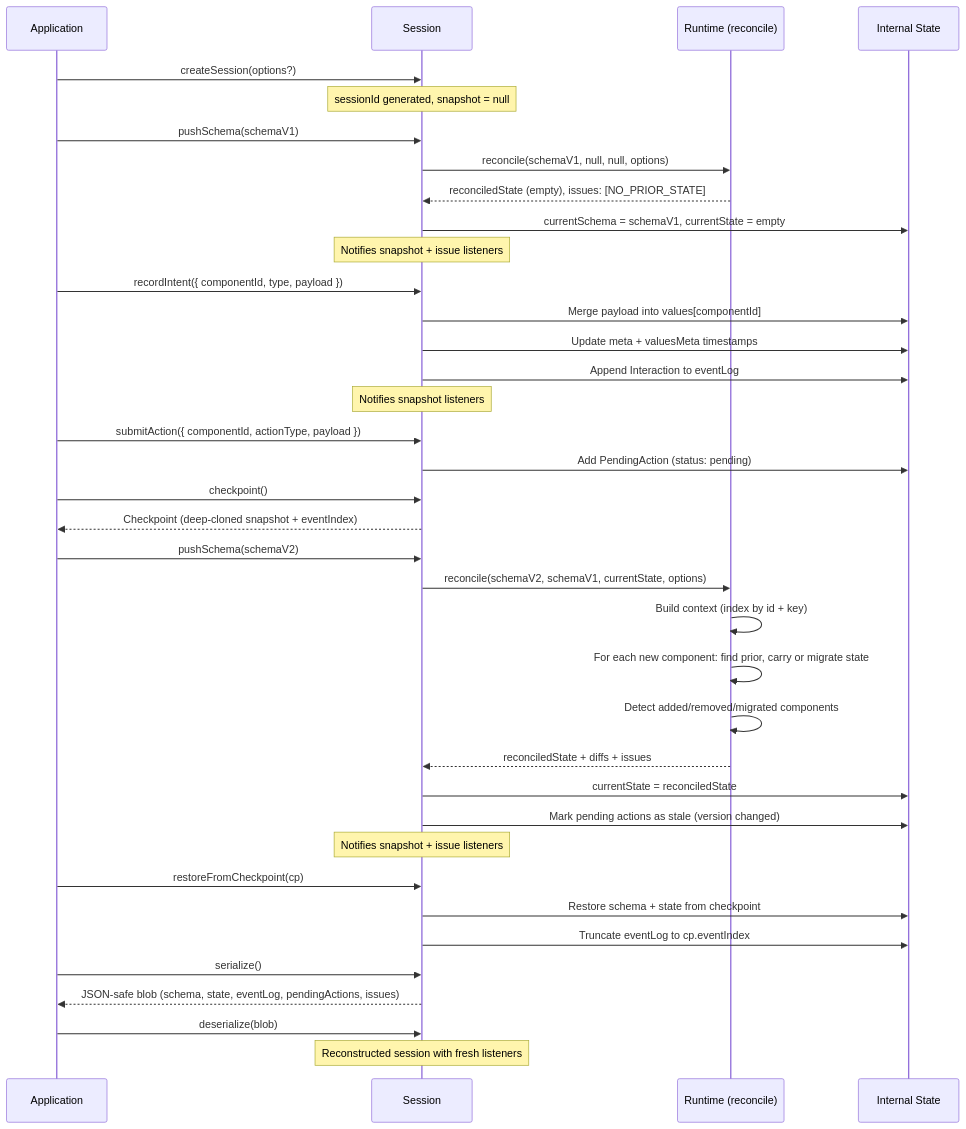
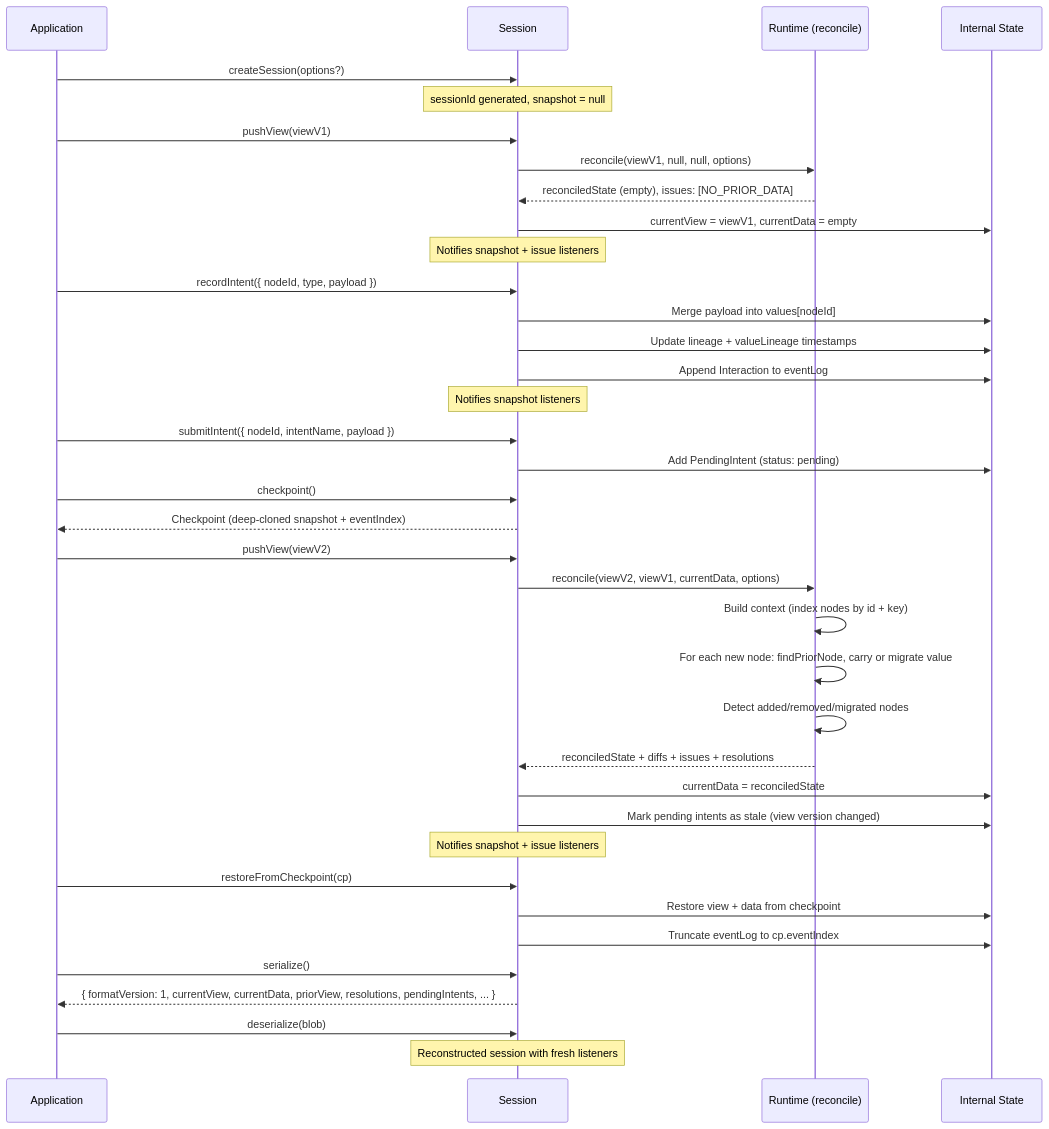
The second of 2 diagrams in docs/ARCHITECTURE.md (brytoncooper/continuum-dev), drawn with Mermaid before and after one commit. The commit also changed other lines of this file and 32 other files, not shown here.

First line of the commit message:
Refresh playground diagnostics UX and update architecture docs

````diff
--- a/docs/ARCHITECTURE.md
+++ b/docs/ARCHITECTURE.md
@@ -74,47 +74,47 @@
 ```mermaid
 sequenceDiagram
     participant App as Application
     participant S as Session
     participant R as Runtime (reconcile)
     participant State as Internal State
 
     App->>S: createSession(options?)
     Note over S: sessionId generated, snapshot = null
 
-    App->>S: pushSchema(schemaV1)
-    S->>R: reconcile(schemaV1, null, null, options)
-    R-->>S: reconciledState (empty), issues: [NO_PRIOR_STATE]
-    S->>State: currentSchema = schemaV1, currentState = empty
+    App->>S: pushView(viewV1)
+    S->>R: reconcile(viewV1, null, null, options)
+    R-->>S: reconciledState (empty), issues: [NO_PRIOR_DATA]
+    S->>State: currentView = viewV1, currentData = empty
     Note over S: Notifies snapshot + issue listeners
 
-    App->>S: recordIntent({ componentId, type, payload })
-    S->>State: Merge payload into values[componentId]
-    S->>State: Update meta + valuesMeta timestamps
+    App->>S: recordIntent({ nodeId, type, payload })
+    S->>State: Merge payload into values[nodeId]
+    S->>State: Update lineage + valueLineage timestamps
     S->>State: Append Interaction to eventLog
     Note over S: Notifies snapshot listeners
 
-    App->>S: submitAction({ componentId, actionType, payload })
-    S->>State: Add PendingAction (status: pending)
+    App->>S: submitIntent({ nodeId, intentName, payload })
+    S->>State: Add PendingIntent (status: pending)
 
     App->>S: checkpoint()
     S-->>App: Checkpoint (deep-cloned snapshot + eventIndex)
 
-    App->>S: pushSchema(schemaV2)
-    S->>R: reconcile(schemaV2, schemaV1, currentState, options)
-    R->>R: Build context (index by id + key)
-    R->>R: For each new component: find prior, carry or migrate state
-    R->>R: Detect added/removed/migrated components
-    R-->>S: reconciledState + diffs + issues
-    S->>State: currentState = reconciledState
-    S->>State: Mark pending actions as stale (version changed)
+    App->>S: pushView(viewV2)
+    S->>R: reconcile(viewV2, viewV1, currentData, options)
+    R->>R: Build context (index nodes by id + key)
+    R->>R: For each new node: findPriorNode, carry or migrate value
+    R->>R: Detect added/removed/migrated nodes
+    R-->>S: reconciledState + diffs + issues + resolutions
+    S->>State: currentData = reconciledState
+    S->>State: Mark pending intents as stale (view version changed)
     Note over S: Notifies snapshot + issue listeners
 
     App->>S: restoreFromCheckpoint(cp)
-    S->>State: Restore schema + state from checkpoint
+    S->>State: Restore view + data from checkpoint
     S->>State: Truncate eventLog to cp.eventIndex
 
     App->>S: serialize()
-    S-->>App: JSON-safe blob (schema, state, eventLog, pendingActions, issues)
+    S-->>App: { formatVersion: 1, currentView, currentData, priorView, resolutions, pendingIntents, ... }
     App->>S: deserialize(blob)
     Note over S: Reconstructed session with fresh listeners
 ```
````
